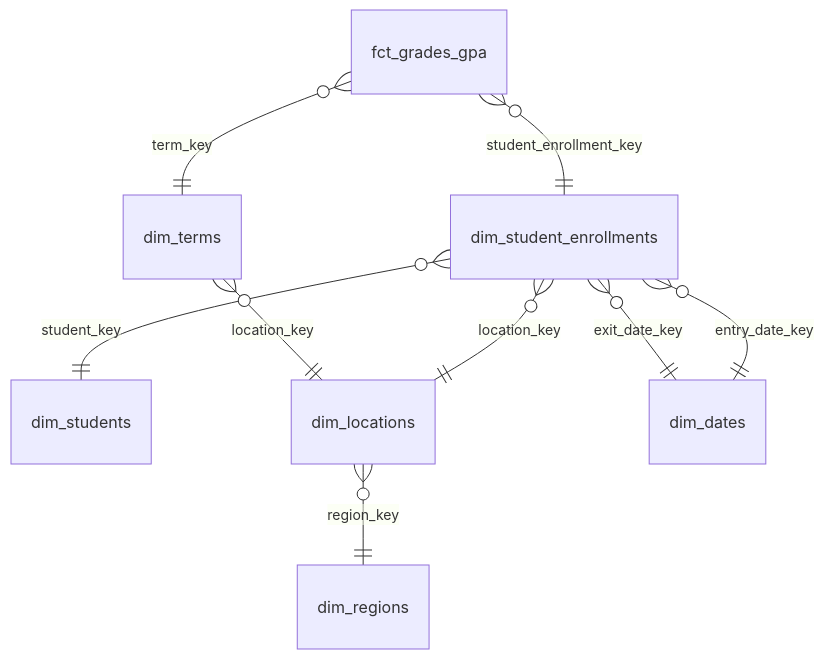
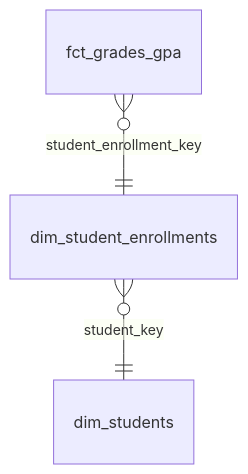
Before and after one commit to TEAMSchools/teamster: the eighth of 24 diagrams in docs/reference/marts-data-models.md, drawn with Mermaid. The commit also changed other lines of this file and 2 other files, not shown here.

First line of the commit message:
docs(marts): omit conformed dimensions from snowflake diagrams

````diff
--- a/docs/reference/marts-data-models.md
+++ b/docs/reference/marts-data-models.md
@@ -205,11 +159,5 @@
 ```mermaid
 erDiagram
   fct_grades_gpa }o--|| dim_student_enrollments : "student_enrollment_key"
-  fct_grades_gpa }o--|| dim_terms : "term_key"
   dim_student_enrollments }o--|| dim_students : "student_key"
-  dim_student_enrollments }o--|| dim_locations : "location_key"
-  dim_student_enrollments }o--|| dim_dates : "entry_date_key"
-  dim_student_enrollments }o--|| dim_dates : "exit_date_key"
-  dim_terms }o--|| dim_locations : "location_key"
-  dim_locations }o--|| dim_regions : "region_key"
 ```
````
